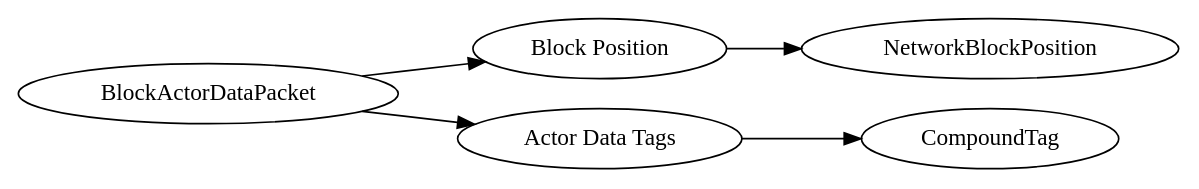
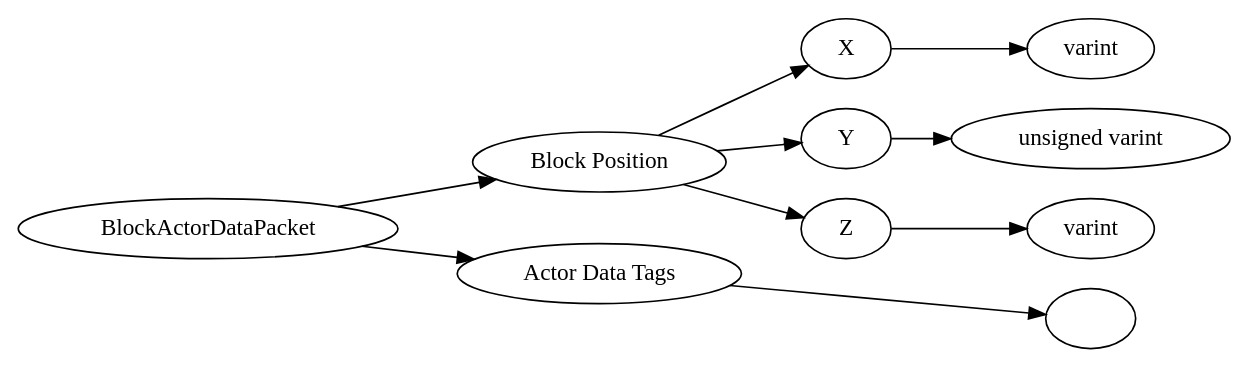
Before and after one commit to Mojang/bedrock-protocol-docs: the diagram in dot/BlockActorDataPacket.dot, drawn with Graphviz. The commit also changed 785 other files, not shown here.

```diff
--- a/dot/BlockActorDataPacket.dot
+++ b/dot/BlockActorDataPacket.dot
@@ -1,16 +1,26 @@
 digraph "BlockActorDataPacket" {
 rankdir = LR
 0
 0 -> 1
 1 -> 2
-0 -> 3
-3 -> 4
+2 -> 3
+1 -> 4
+4 -> 5
+1 -> 6
+6 -> 7
+0 -> 8
+8 -> 9
 
-0 [label="BlockActorDataPacket",comment="name: \"BlockActorDataPacket\", typeName: \"\", id: 0, branchId: 56, recurseId: -1, attributes: 0, notes: \"\""];
-1 [label="Block Position",comment="name: \"Block Position\", typeName: \"NetworkBlockPosition\", id: 1, branchId: 0, recurseId: -1, attributes: 256, notes: \"\""];
-2 [label="NetworkBlockPosition",comment="name: \"NetworkBlockPosition\", typeName: \"\", id: 2, branchId: 0, recurseId: -1, attributes: 512, notes: \"\""];
-3 [label="Actor Data Tags",comment="name: \"Actor Data Tags\", typeName: \"CompoundTag\", id: 3, branchId: 0, recurseId: -1, attributes: 256, notes: \"\""];
-4 [label="CompoundTag",comment="name: \"CompoundTag\", typeName: \"\", id: 4, branchId: 0, recurseId: -1, attributes: 512, notes: \"\""];
-{ rank = max;2;4}
+0 [label="BlockActorDataPacket",comment="name: \"BlockActorDataPacket\", typeName: \"\", id: 0, branchId: 0, recurseId: -1, attributes: 0, notes: \"Sends the entire user data compound tag and the block position to the client.\""];
+1 [label="Block Position",comment="name: \"Block Position\", typeName: \"\", id: 1, branchId: 0, recurseId: -1, attributes: 0, notes: \"\""];
+2 [label="X",comment="name: \"X\", typeName: \"\", id: 2, branchId: 0, recurseId: -1, attributes: 0, notes: \"\""];
+3 [label="varint",comment="name: \"varint\", typeName: \"\", id: 3, branchId: 0, recurseId: -1, attributes: 512, notes: \"\""];
+4 [label="Y",comment="name: \"Y\", typeName: \"\", id: 4, branchId: 0, recurseId: -1, attributes: 0, notes: \"\""];
+5 [label="unsigned varint",comment="name: \"unsigned varint\", typeName: \"\", id: 5, branchId: 0, recurseId: -1, attributes: 512, notes: \"\""];
+6 [label="Z",comment="name: \"Z\", typeName: \"\", id: 6, branchId: 0, recurseId: -1, attributes: 0, notes: \"\""];
+7 [label="varint",comment="name: \"varint\", typeName: \"\", id: 7, branchId: 0, recurseId: -1, attributes: 512, notes: \"\""];
+8 [label="Actor Data Tags",comment="name: \"Actor Data Tags\", typeName: \"\", id: 8, branchId: 0, recurseId: -1, attributes: 0, notes: \"\""];
+9 [label="",comment="name: \"\", typeName: \"\", id: 9, branchId: 0, recurseId: -1, attributes: 512, notes: \"\""];
+{ rank = max;3;5;7;9}
 
 }
```
